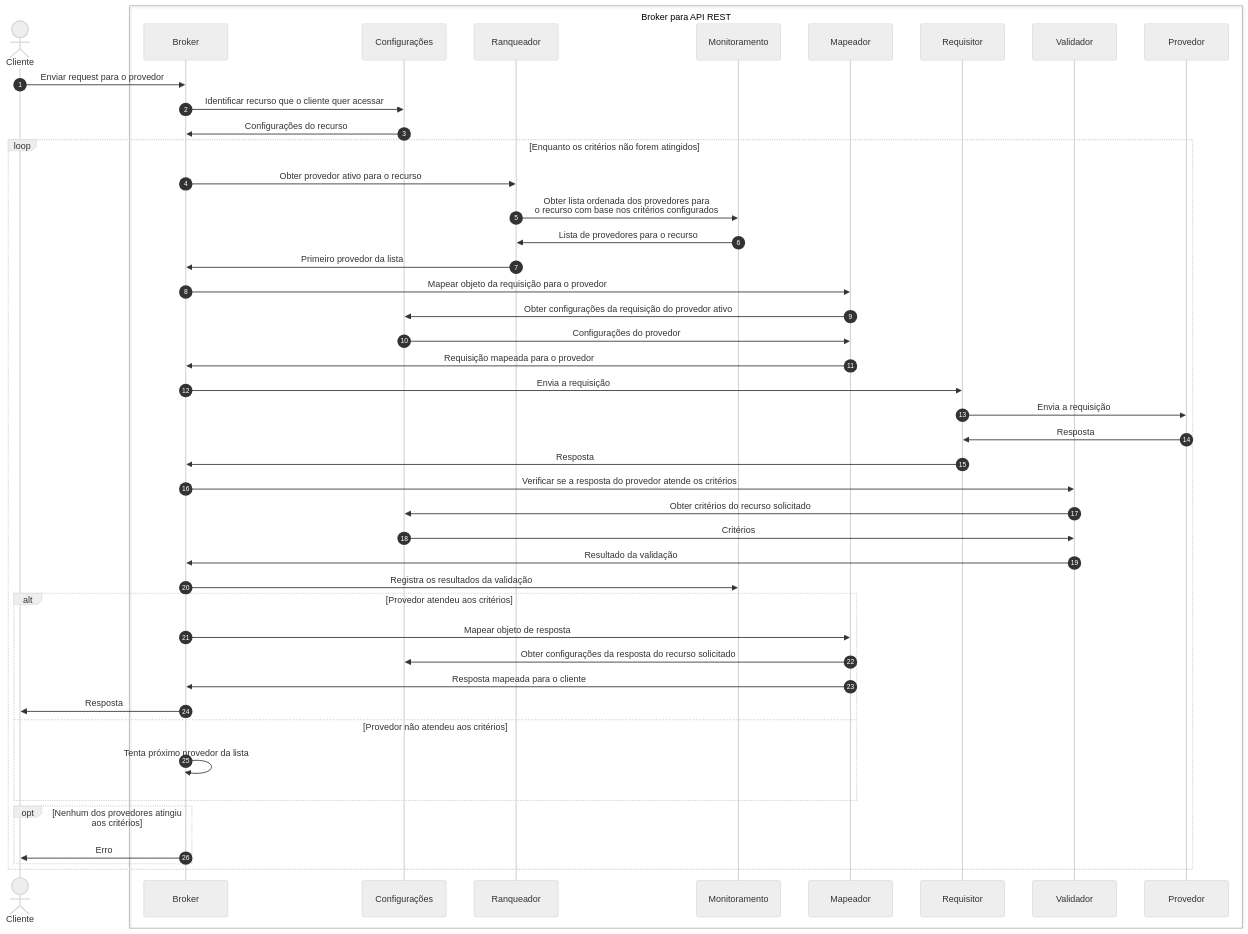
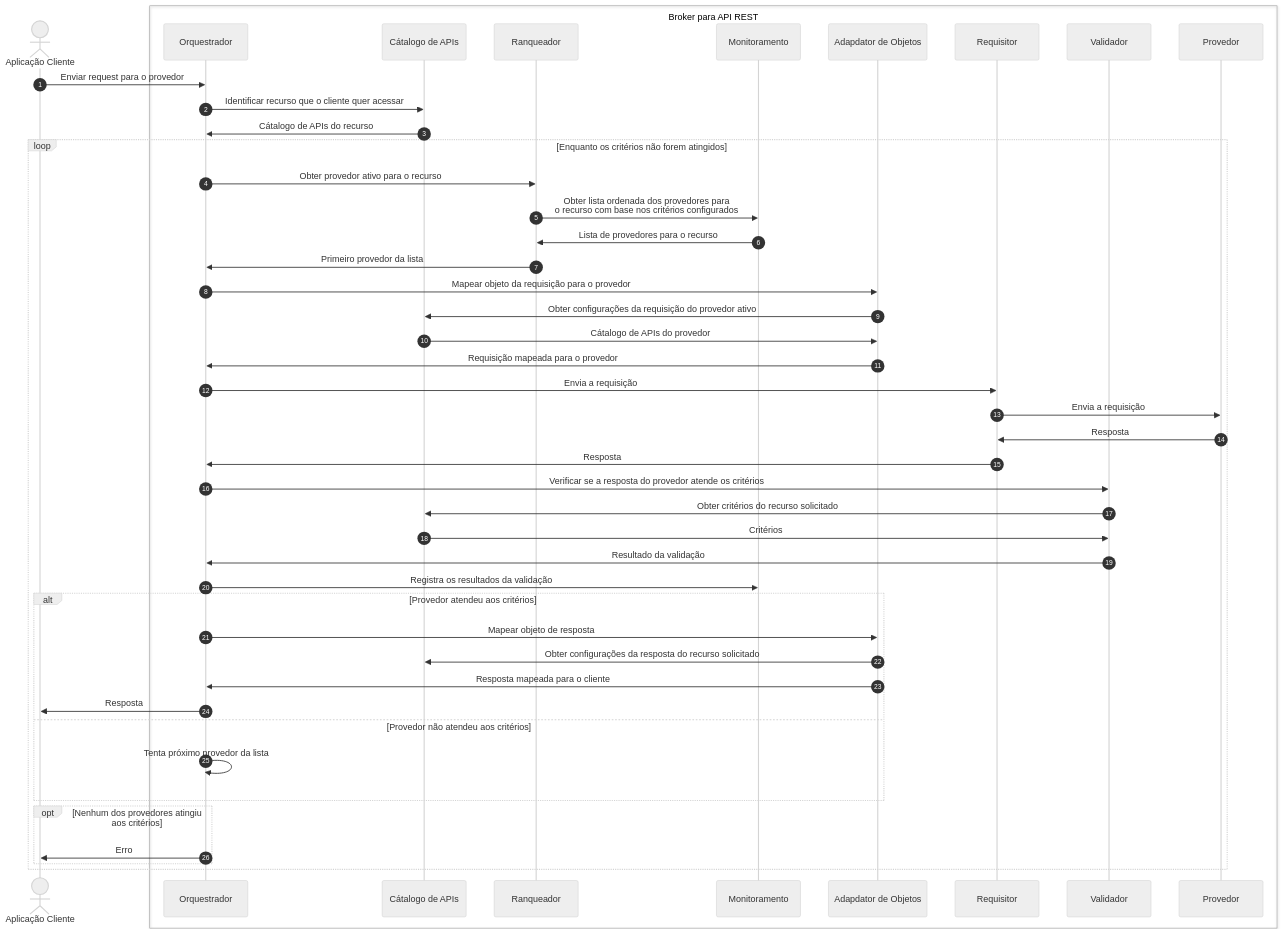
Before and after one commit to pedrofgd/api-rest-broker: the diagram in Docs/tccii/diagramas/seq_requisicao.mmd, drawn with Mermaid.

Commit message:
DOC: Corrigindo nome dos participantes

```diff
--- a/Docs/tccii/diagramas/seq_requisicao.mmd
+++ b/Docs/tccii/diagramas/seq_requisicao.mmd
@@ -1,50 +1,50 @@
 %%{init: {'theme':'neutral'}}%%
 
 sequenceDiagram
-    actor Cliente
+    actor Aplicação Cliente
 
     box Broker para API REST
-    participant Broker
-    participant Configurações
+    participant Orquestrador
+    participant Cátalogo de APIs
     participant Ranqueador
     participant Monitoramento
-    participant Mapeador
+    participant Adapdator de Objetos
     participant Requisitor
     participant Validador
     participant Provedor
     end
     
     autonumber
-    Cliente->>Broker: Enviar request para o provedor
-    Broker->>Configurações: Identificar recurso que o cliente quer acessar
-    Configurações->>Broker: Configurações do recurso
+    Aplicação Cliente->>Orquestrador: Enviar request para o provedor
+    Orquestrador->>Cátalogo de APIs: Identificar recurso que o cliente quer acessar
+    Cátalogo de APIs->>Orquestrador: Cátalogo de APIs do recurso
     loop Enquanto os critérios não forem atingidos
-        Broker->>Ranqueador: Obter provedor ativo para o recurso
+        Orquestrador->>Ranqueador: Obter provedor ativo para o recurso
         Ranqueador->>Monitoramento: Obter lista ordenada dos provedores para<br> o recurso com base nos critérios configurados
         Monitoramento->>Ranqueador: Lista de provedores para o recurso
-        Ranqueador->>Broker: Primeiro provedor da lista
-        Broker->>Mapeador: Mapear objeto da requisição para o provedor
-        Mapeador->>Configurações: Obter configurações da requisição do provedor ativo
-        Configurações->>Mapeador: Configurações do provedor
-        Mapeador->>Broker: Requisição mapeada para o provedor
-        Broker->>Requisitor: Envia a requisição
+        Ranqueador->>Orquestrador: Primeiro provedor da lista
+        Orquestrador->>Adapdator de Objetos: Mapear objeto da requisição para o provedor
+        Adapdator de Objetos->>Cátalogo de APIs: Obter configurações da requisição do provedor ativo
+        Cátalogo de APIs->>Adapdator de Objetos: Cátalogo de APIs do provedor
+        Adapdator de Objetos->>Orquestrador: Requisição mapeada para o provedor
+        Orquestrador->>Requisitor: Envia a requisição
         Requisitor->>Provedor: Envia a requisição
         Provedor->>Requisitor: Resposta
-        Requisitor->>Broker: Resposta
-        Broker->>Validador: Verificar se a resposta do provedor atende os critérios
-        Validador->>Configurações: Obter critérios do recurso solicitado
-        Configurações->>Validador: Critérios
-        Validador->>Broker: Resultado da validação
-        Broker->>Monitoramento: Registra os resultados da validação
+        Requisitor->>Orquestrador: Resposta
+        Orquestrador->>Validador: Verificar se a resposta do provedor atende os critérios
+        Validador->>Cátalogo de APIs: Obter critérios do recurso solicitado
+        Cátalogo de APIs->>Validador: Critérios
+        Validador->>Orquestrador: Resultado da validação
+        Orquestrador->>Monitoramento: Registra os resultados da validação
         alt Provedor atendeu aos critérios
-            Broker->>Mapeador: Mapear objeto de resposta
-            Mapeador->>Configurações: Obter configurações da resposta do recurso solicitado
-            Mapeador->>Broker: Resposta mapeada para o cliente
-            Broker->>Cliente: Resposta
+            Orquestrador->>Adapdator de Objetos: Mapear objeto de resposta
+            Adapdator de Objetos->>Cátalogo de APIs: Obter configurações da resposta do recurso solicitado
+            Adapdator de Objetos->>Orquestrador: Resposta mapeada para o cliente
+            Orquestrador->>Aplicação Cliente: Resposta
         else Provedor não atendeu aos critérios
-            Broker->>Broker: Tenta próximo provedor da lista 
+            Orquestrador->>Orquestrador: Tenta próximo provedor da lista 
         end
         opt Nenhum dos provedores atingiu aos critérios
-            Broker->>Cliente: Erro
+            Orquestrador->>Aplicação Cliente: Erro
         end
     end
```
